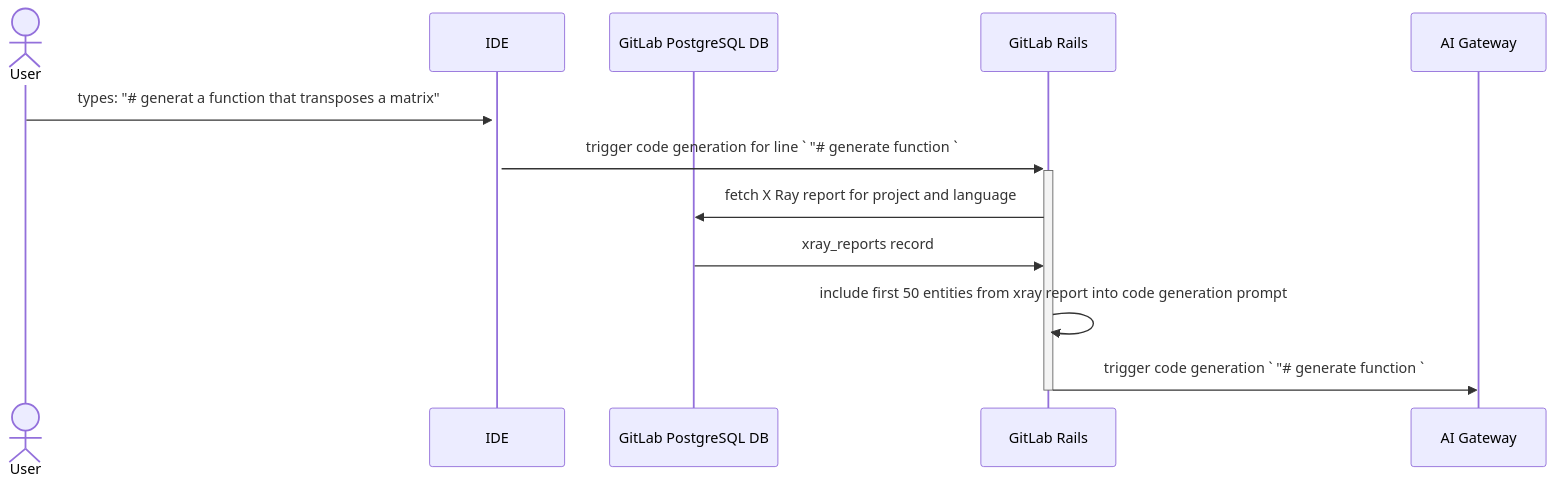
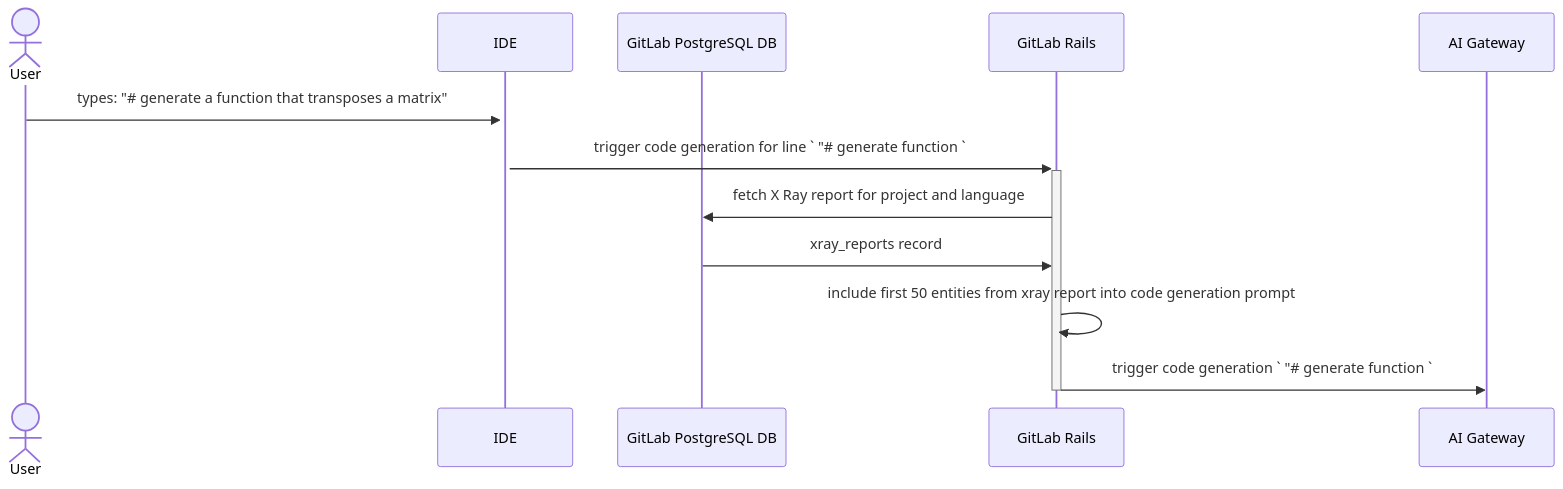
Before and after one commit to moliver28/research-handbook: the second of 3 diagrams in content/handbook/engineering/development/dev/create/code-creation/engineering_overview.md, drawn with Mermaid. The commit also changed other lines of this file, not shown here.

Commit message:
Apply 2 suggestion(s) to 1 file(s)

````diff
--- a/content/handbook/engineering/development/dev/create/code-creation/engineering_overview.md
+++ b/content/handbook/engineering/development/dev/create/code-creation/engineering_overview.md
@@ -70,15 +70,15 @@
 ```mermaid
 sequenceDiagram
     actor USR as User
     participant IDE
     participant PG as GitLab PostgreSQL DB
     participant GLR as GitLab Rails
     participant AIGW as AI Gateway
 
-    USR->>+IDE: types: "#35; generat a function that transposes a matrix"
+    USR->>+IDE: types: "#35; generate a function that transposes a matrix"
     IDE->>+GLR: trigger code generation for line ` "#35; generate function ` 
     GLR->>PG: fetch X Ray report for project and language
     PG->>GLR:  xray_reports record
     GLR->>GLR: include first 50 entities from xray report into code generation prompt
     GLR->>-AIGW: trigger code generation ` "#35; generate function ` 
 ```
````
